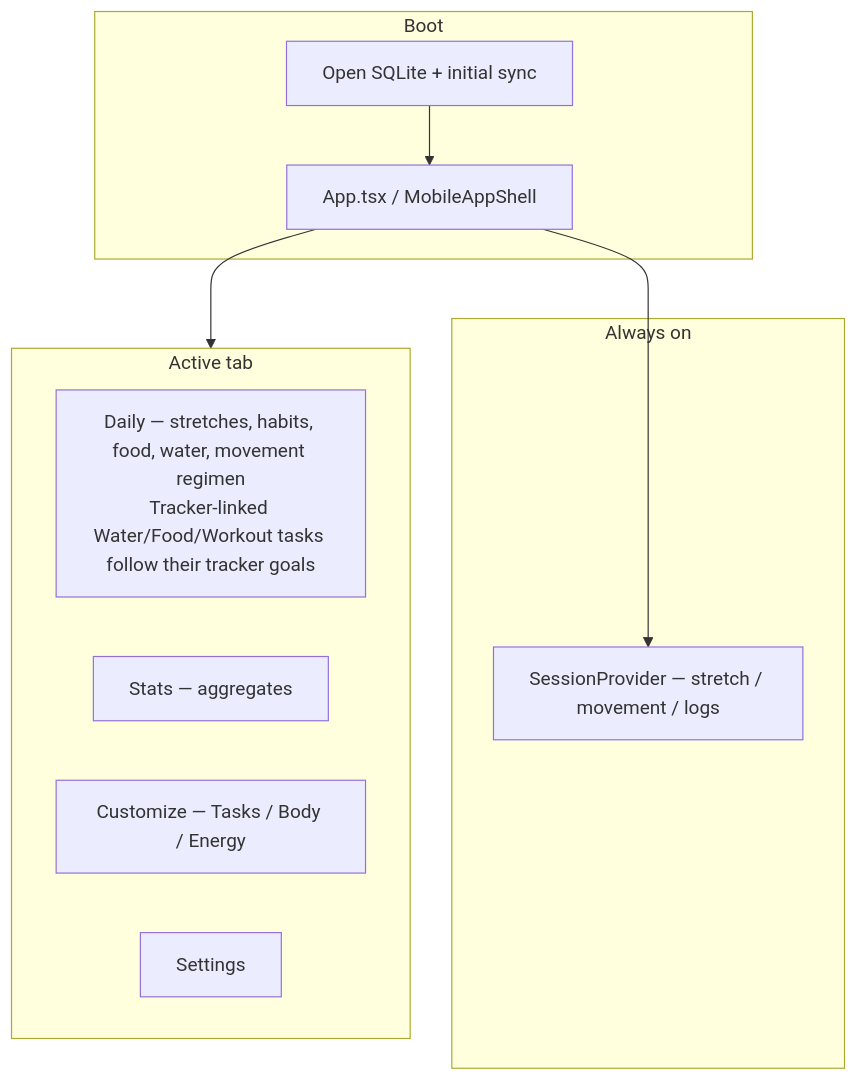
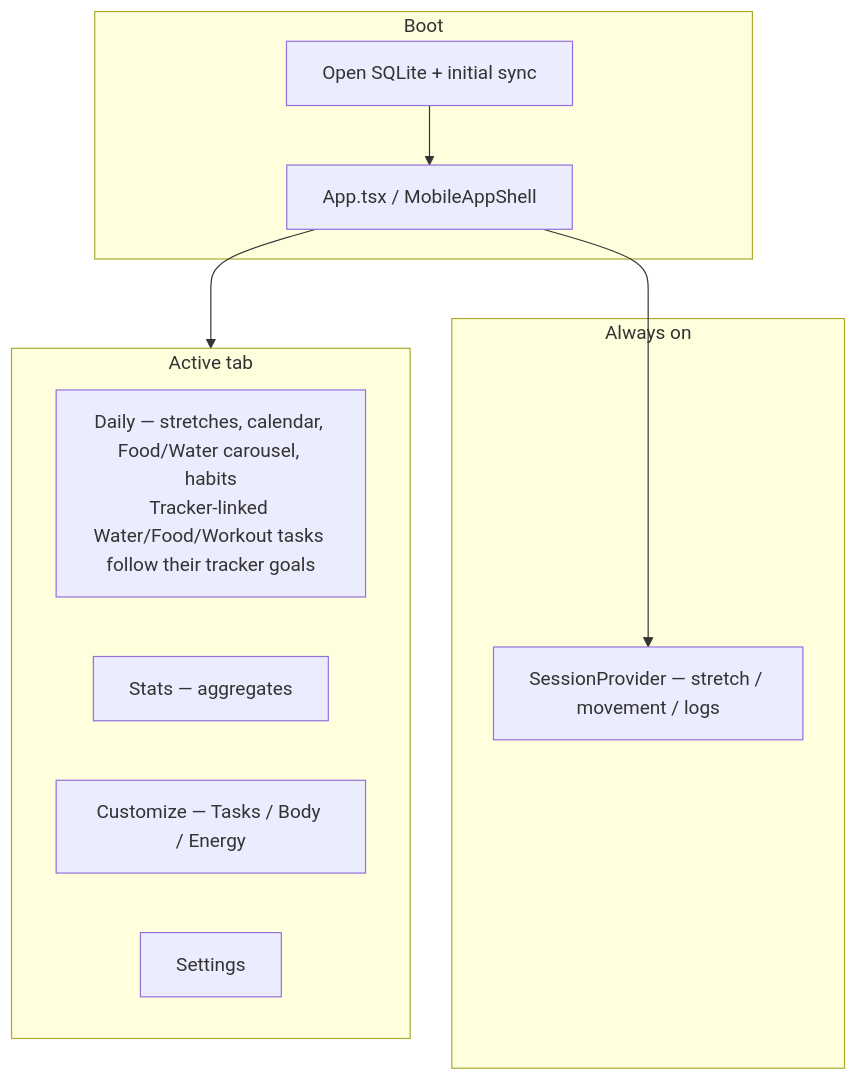
The second of 4 diagrams in scaffold/CODEMAP-HUMAN.md (jdserenity/management), drawn with Mermaid before and after one commit. The commit also changed 7 other files, not shown here.

First line of the commit message:
Add a Food/Water carousel between the Daily calendar and tasks and hide the exercise section.

````diff
--- a/scaffold/CODEMAP-HUMAN.md
+++ b/scaffold/CODEMAP-HUMAN.md
@@ -33,19 +33,19 @@
 ```mermaid
 flowchart TB
   subgraph boot["Boot"]
     DB["Open SQLite + initial sync"]
     App["App.tsx / MobileAppShell"]
   end
   subgraph providers["Always on"]
     SP["SessionProvider — stretch / movement / logs"]
   end
   subgraph tabs["Active tab"]
-    Daily["Daily — stretches, habits, food, water, movement regimen\nTracker-linked Water/Food/Workout tasks follow their tracker goals"]
+    Daily["Daily — stretches, calendar, Food/Water carousel, habits\nTracker-linked Water/Food/Workout tasks follow their tracker goals"]
     Stats["Stats — aggregates"]
     Customize["Customize — Tasks / Body / Energy"]
     Settings["Settings"]
   end
   DB --> App
   App --> SP
   App --> tabs
 ```
````
